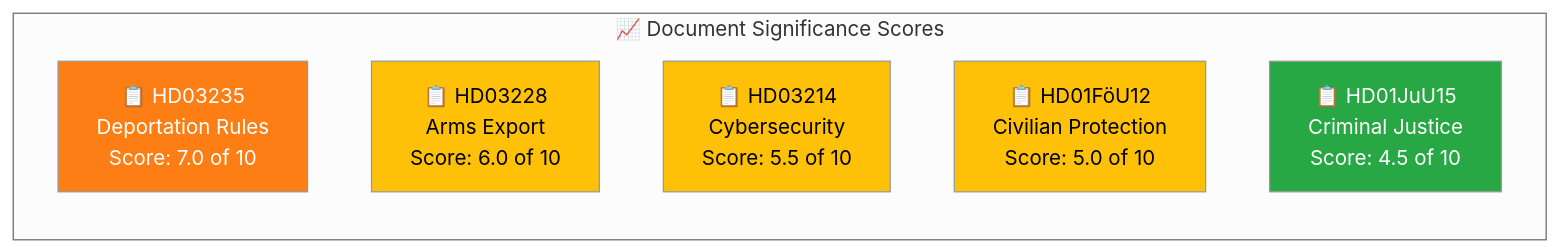
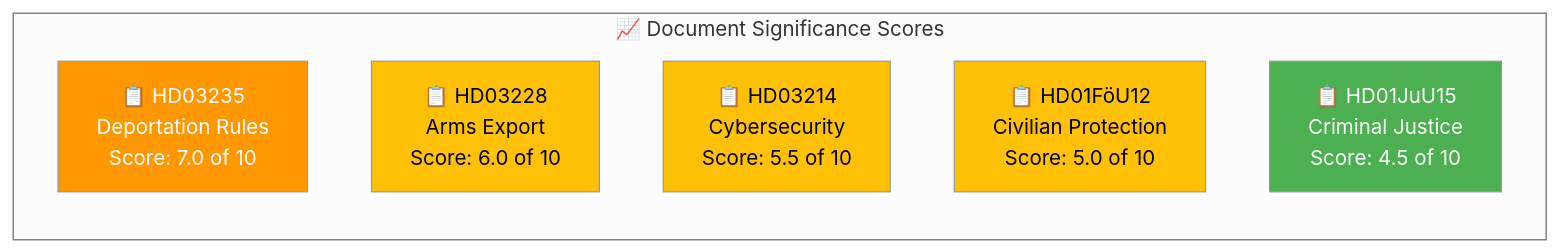
One commit to Hack23/riksdagsmonitor changed the diagram in analysis/daily/2026-04-05/realtime-1212/significance-scoring.md. Above: the diagram before and after it, drawn with Mermaid (neutral theme). The commit also changed 785 other files, not shown here.

First line of the commit message:
Normalize mermaid colors across 786 analysis artifacts to ISMS Style Guide palette

````diff
--- a/analysis/daily/2026-04-05/realtime-1212/significance-scoring.md
+++ b/analysis/daily/2026-04-05/realtime-1212/significance-scoring.md
@@ -16,16 +16,16 @@
 ```mermaid
 graph LR
     subgraph "📈 Document Significance Scores"
         HD235["📋 HD03235<br/>Deportation Rules<br/>Score: 7.0 of 10"]
         HD228["📋 HD03228<br/>Arms Export<br/>Score: 6.0 of 10"]
         HD214["📋 HD03214<br/>Cybersecurity<br/>Score: 5.5 of 10"]
         FOU12["📋 HD01FöU12<br/>Civilian Protection<br/>Score: 5.0 of 10"]
         JUU15["📋 HD01JuU15<br/>Criminal Justice<br/>Score: 4.5 of 10"]
     end
 
-    style HD235 fill:#fd7e14,color:#fff
-    style HD228 fill:#ffc107,color:#000
-    style HD214 fill:#ffc107,color:#000
-    style FOU12 fill:#ffc107,color:#000
-    style JUU15 fill:#28a745,color:#fff
+    style HD235 fill:#FF9800,color:#FFFFFF
+    style HD228 fill:#FFC107,color:#000000
+    style HD214 fill:#FFC107,color:#000000
+    style FOU12 fill:#FFC107,color:#000000
+    style JUU15 fill:#4CAF50,color:#FFFFFF
 ```
````
